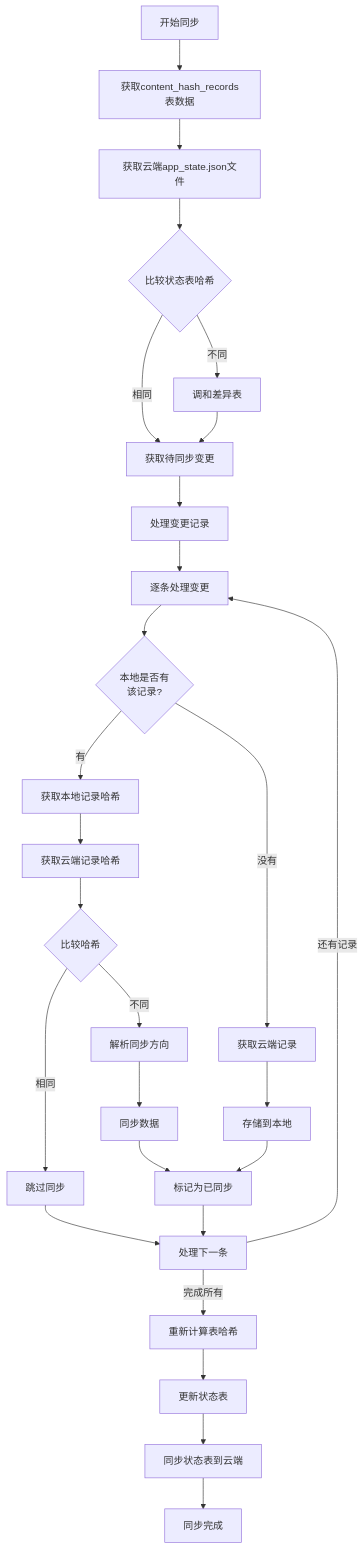
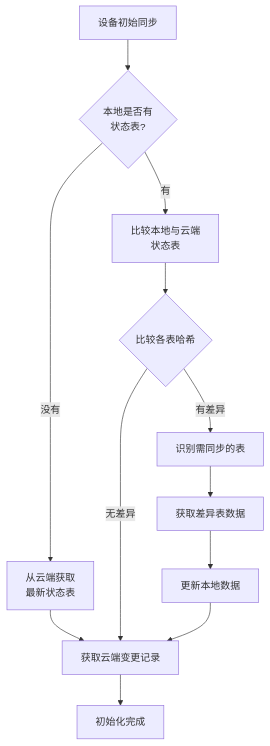
One commit to yingjianzh/iodraw-files changed the diagram in all/未命名-42.md. Above: the diagram before and after it, drawn with Mermaid.

Commit message:
2025-04-24 15:33:49 update

````diff
--- a/all/未命名-42.md
+++ b/all/未命名-42.md
@@ -1,39 +1,19 @@
 ```mermaid
 flowchart TD
-    Start[开始同步] --> FetchLocalState[获取content_hash_records表数据]
-    FetchLocalState --> FetchCloudState[获取云端app_state.json文件]
+    Start[设备初始同步] --> CheckLocalState{本地是否有\n状态表?}
     
-    FetchCloudState --> CompareStates{比较状态表哈希}
-    CompareStates -- 相同 --> FetchChanges[获取待同步变更]
-    CompareStates -- 不同 --> ReconcileTables[调和差异表]
+    CheckLocalState -- 没有 --> FetchCloudState[从云端获取\n最新状态表]
+    CheckLocalState -- 有 --> CompareCloudState[比较本地与云端\n状态表]
     
-    ReconcileTables --> FetchChanges
-    FetchChanges --> ProcessChanges[处理变更记录]
+    FetchCloudState --> FetchChangeRecords[获取云端变更记录]
+    CompareCloudState --> TableDifference{比较各表哈希}
     
-    ProcessChanges --> RecordByRecord[逐条处理变更]
-    RecordByRecord --> CheckLocalRecord{本地是否有\n该记录?}
+    TableDifference -- 有差异 --> IdentifyTables[识别需同步的表]
+    TableDifference -- 无差异 --> FetchChangeRecords
     
-    CheckLocalRecord -- 有 --> GetLocalHash[获取本地记录哈希]
-    CheckLocalRecord -- 没有 --> FetchCloudRecord[获取云端记录]
+    IdentifyTables --> FetchTableData[获取差异表数据]
+    FetchTableData --> UpdateLocalData[更新本地数据]
+    UpdateLocalData --> FetchChangeRecords
     
-    GetLocalHash --> FetchCloudHash[获取云端记录哈希]
-    FetchCloudHash --> CompareHash{比较哈希}
-    
-    CompareHash -- 相同 --> SkipSync[跳过同步]
-    CompareHash -- 不同 --> ResolveSync[解析同步方向]
-    
-    FetchCloudRecord --> StoreLocalRecord[存储到本地]
-    ResolveSync --> SyncData[同步数据]
-    
-    StoreLocalRecord --> MarkSynced[标记为已同步]
-    SyncData --> MarkSynced
-    SkipSync --> NextRecord[处理下一条]
-    
-    MarkSynced --> NextRecord
-    NextRecord -- 还有记录 --> RecordByRecord
-    NextRecord -- 完成所有 --> RecalcTableHashes[重新计算表哈希]
-    
-    RecalcTableHashes --> UpdateStateTable[更新状态表]
-    UpdateStateTable --> SyncStateTable[同步状态表到云端]
-    SyncStateTable --> End[同步完成]
+    FetchChangeRecords --> End[初始化完成]
 ```
````
